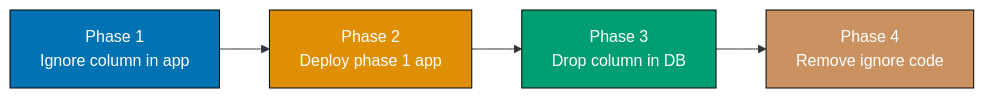
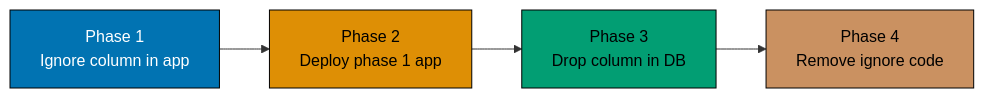
Before and after one commit to wahidyankf/ose-public: the third of 8 diagrams in apps/ayokoding-www/content/en/learn/legacy/software-engineering/data/tools/java-liquibase/by-example/advanced.md, drawn with Mermaid. The commit also changed other lines of this file and 131 other files, not shown here.

First line of the commit message:
fix(mermaid): bring the legacy data, infrastructure, and testing diagrams onto the accessible palette

````diff
--- a/apps/ayokoding-www/content/en/learn/legacy/software-engineering/data/tools/java-liquibase/by-example/advanced.md
+++ b/apps/ayokoding-www/content/en/learn/legacy/software-engineering/data/tools/java-liquibase/by-example/advanced.md
@@ -269,12 +283,19 @@
 ```mermaid
 %% Color Palette: Blue #0173B2, Orange #DE8F05, Teal #029E73, Purple #CC78BC, Brown #CA9161
 graph LR
+    accTitle: Example 64: Zero-Downtime Column Removal
+    accDescr: Graph with 4 nodes and 3 connections. Nodes: Phase 1 Ignore column in app, Phase 2 Deploy phase 1 app, Phase 3 Drop column in DB, Phase 4 Remove ignore code. Connections: Phase 1 Ignore column in app to Phase 2 Deploy phase 1 app, Phase 2 Deploy phase 1 app to Phase 3 Drop column in DB, Phase 3 Drop column in DB to Phase 4 Remove ignore code.
     A[Phase 1<br/>Ignore column in app] --> B[Phase 2<br/>Deploy phase 1 app]
     B --> C[Phase 3<br/>Drop column in DB]
     C --> D[Phase 4<br/>Remove ignore code]
 
-    style A fill:#0173B2,stroke:#000,color:#fff
-    style B fill:#DE8F05,stroke:#000,color:#fff
-    style C fill:#029E73,stroke:#000,color:#fff
-    style D fill:#CA9161,stroke:#000,color:#fff
+    classDef pal-0173B2 fill:#0173B2,stroke:#000000,color:#FFFFFF
+    class A pal-0173B2
+    classDef pal-DE8F05 fill:#DE8F05,stroke:#000000,color:#000000
+    class B pal-DE8F05
+    classDef pal-029E73 fill:#029E73,stroke:#000000,color:#000000
+    class C pal-029E73
+    classDef pal-CA9161 fill:#CA9161,stroke:#000000,color:#000000
+    class D pal-CA9161
+    classDef default fill:#FFFFFF,stroke:#000000,color:#000000
 ```
````
